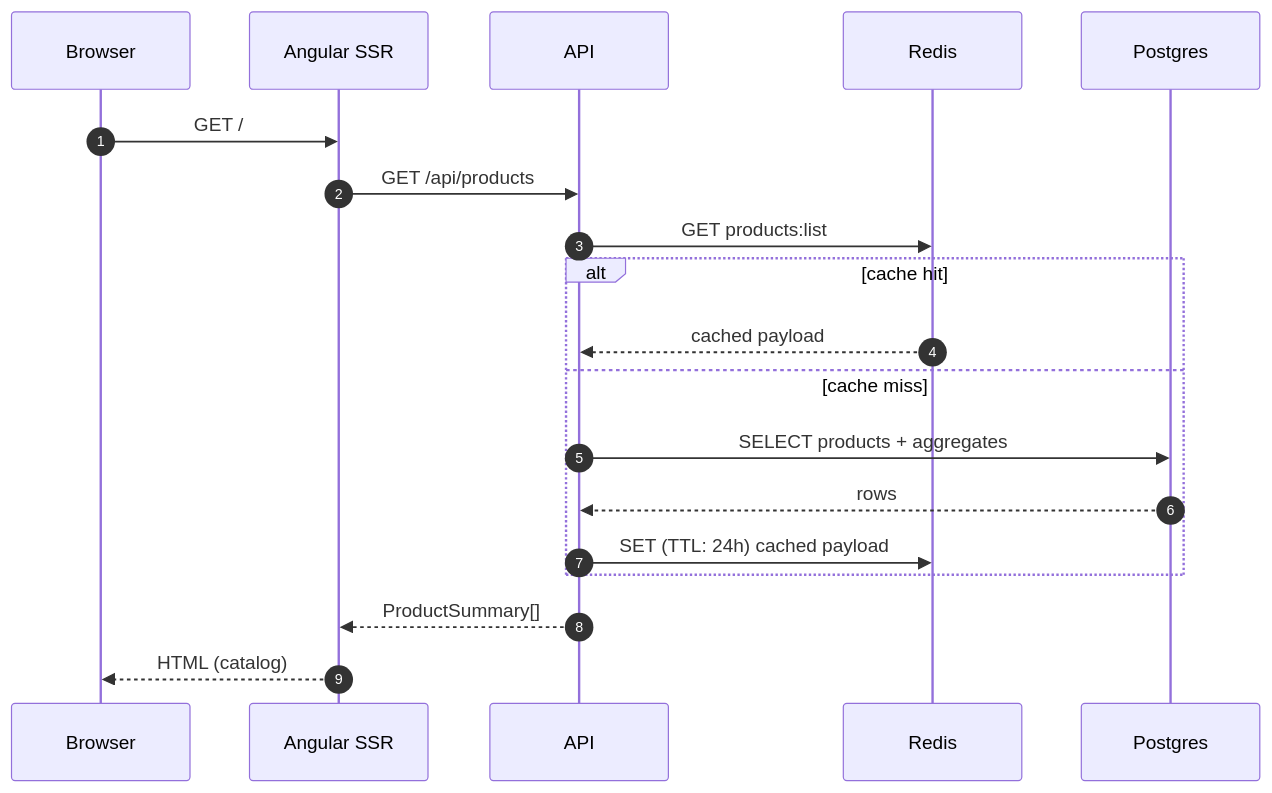
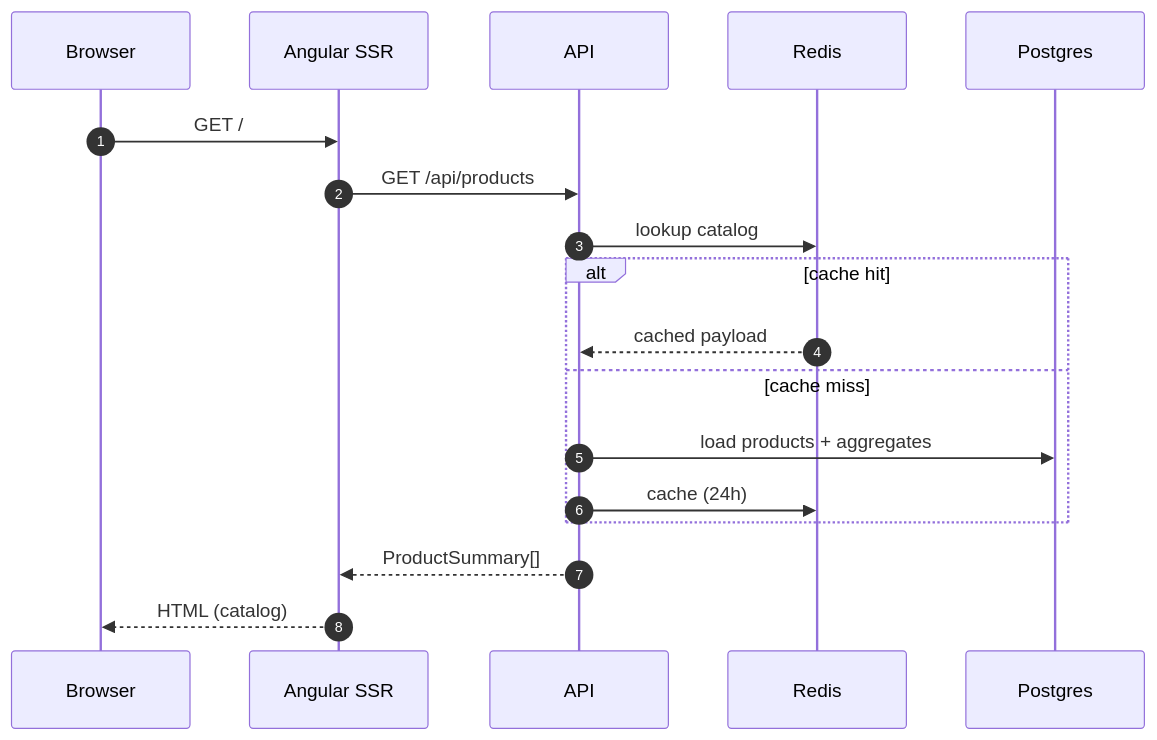
The third of 12 diagrams in docs/flows.md (KaliCZ/reviews), drawn with Mermaid before and after one commit. The commit also changed other lines of this file, not shown here.

First line of the commit message:
Strip implementation detail from product-flow diagrams

````diff
--- a/docs/flows.md
+++ b/docs/flows.md
@@ -78,24 +78,23 @@
 ```mermaid
 sequenceDiagram
     autonumber
     participant B as Browser
     participant S as Angular SSR
     participant A as API
     participant R as Redis
     participant P as Postgres
 
     B->>S: GET /
     S->>A: GET /api/products
-    A->>R: GET products:list
+    A->>R: lookup catalog
 
     alt cache hit
         R-->>A: cached payload
     else cache miss
-        A->>P: SELECT products + aggregates
-        P-->>A: rows
-        A->>R: SET (TTL: 24h) cached payload
+        A->>P: load products + aggregates
+        A->>R: cache (24h)
     end
 
     A-->>S: ProductSummary[]
     S-->>B: HTML (catalog)
 ```
````
